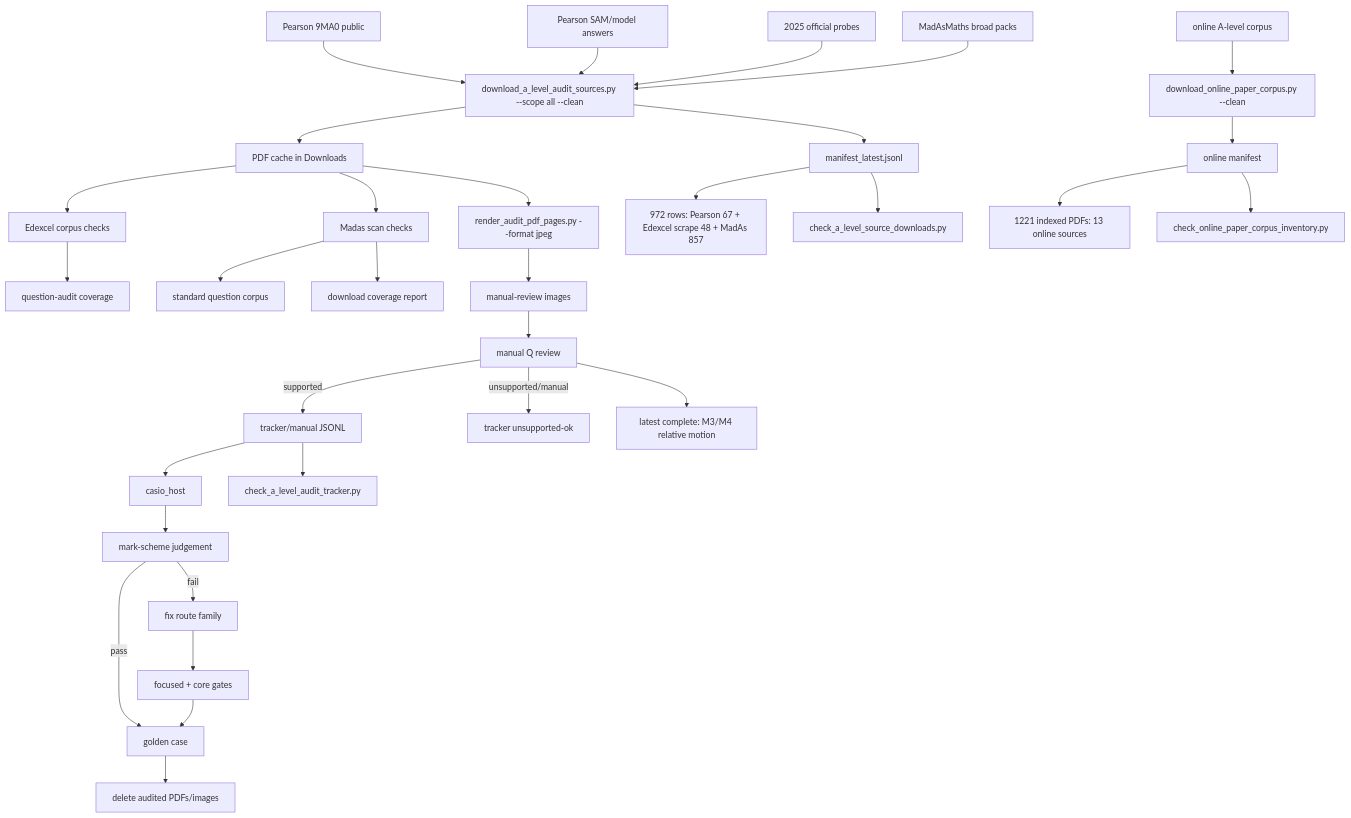
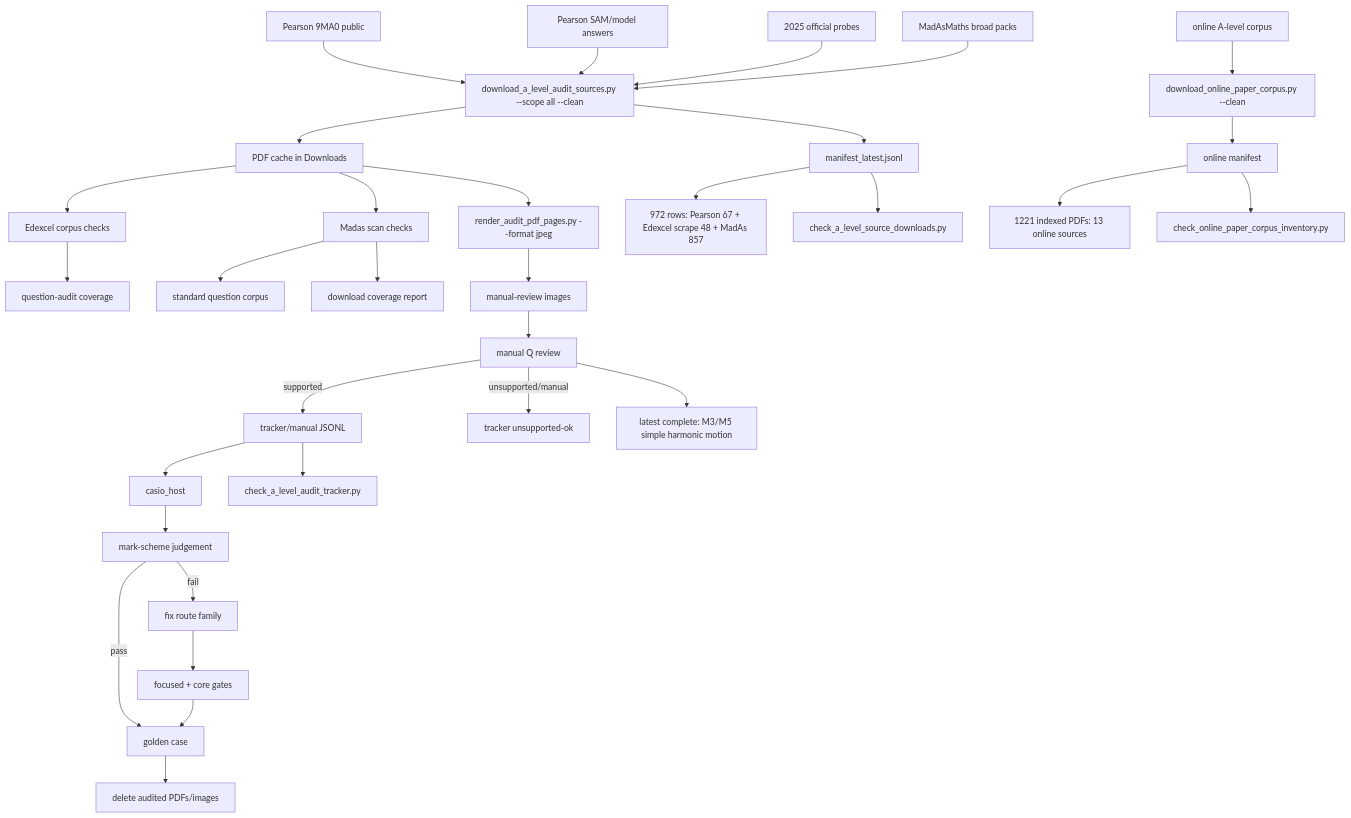
One commit to james8464/notes-addin-casio-fx-cg50 changed the diagram in c++/tools/golden/a_level_audit_graph.md. Above: the diagram before and after it, drawn with Mermaid. The commit also changed other lines of this file and 2 other files, not shown here.

````diff
--- a/c++/tools/golden/a_level_audit_graph.md
+++ b/c++/tools/golden/a_level_audit_graph.md
@@ -3,34 +3,34 @@
 ```mermaid
 graph TD
   E1["Pearson 9MA0 public"] --> D["download_a_level_audit_sources.py --scope all --clean"]
   E2["Pearson SAM/model answers"] --> D
   E3["2025 official probes"] --> D
   M1["MadAsMaths broad packs"] --> D
   O1["online A-level corpus"] --> OD["download_online_paper_corpus.py --clean"]
   D --> P["PDF cache in Downloads"]
   D --> X["manifest_latest.jsonl"]
   OD --> OX["online manifest"]
   X --> XC["972 rows: Pearson 67 + Edexcel scrape 48 + MadAs 857"]
   OX --> OC["1221 indexed PDFs: 13 online sources"]
   X --> V["check_a_level_source_downloads.py"]
   OX --> OV["check_online_paper_corpus_inventory.py"]
   P --> E["Edexcel corpus checks"]
   E --> EQ["question-audit coverage"]
   P --> S["Madas scan checks"]
   S --> M["standard question corpus"]
   S --> MC["download coverage report"]
   P --> R["render_audit_pdf_pages.py --format jpeg"]
   R --> I["manual-review images"]
   I --> Q["manual Q review"]
   Q -->|supported| J["tracker/manual JSONL"]
   Q -->|unsupported/manual| U["tracker unsupported-ok"]
   J --> H["casio_host"]
   J --> K["check_a_level_audit_tracker.py"]
   H --> C["mark-scheme judgement"]
   C -->|pass| G["golden case"]
   C -->|fail| F["fix route family"]
   F --> T["focused + core gates"]
   T --> G
   G --> Z["delete audited PDFs/images"]
-  Q --> Qt["latest complete: M3/M4 relative motion"]
+  Q --> Qt["latest complete: M3/M5 simple harmonic motion"]
 ```
````
